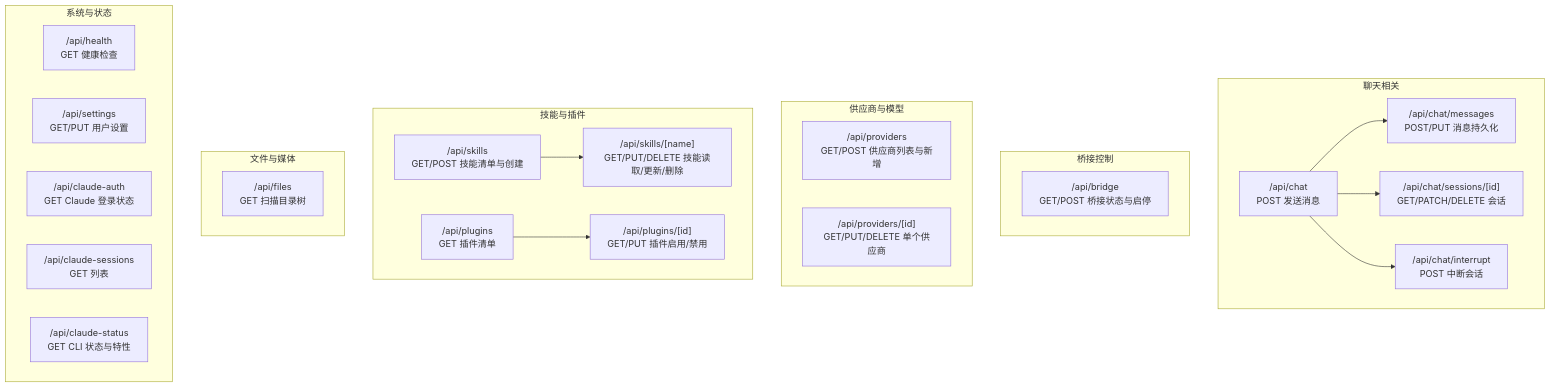
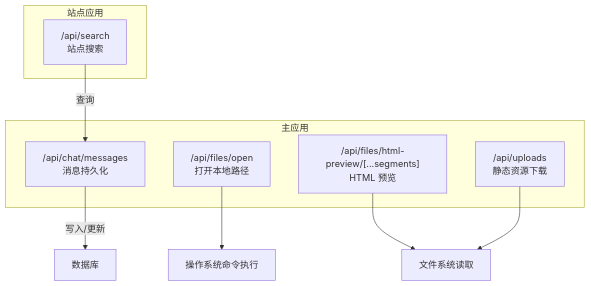
Before and after one commit to haolange/CodePilot: the first of 6 diagrams in .qoder/repowiki/zh/content/API 参考/API 参考.md, drawn with Mermaid. The commit also changed other lines of this file and 203 other files, not shown here.

````diff
--- a/.qoder/repowiki/zh/content/API 参考/API 参考.md
+++ b/.qoder/repowiki/zh/content/API 参考/API 参考.md
@@ -45,37 +39,17 @@
 ```mermaid
 graph TB
-subgraph "聊天相关"
-CHAT["/api/chat<br/>POST 发送消息"]
-MSG["/api/chat/messages<br/>POST/PUT 消息持久化"]
-SES["/api/chat/sessions/[id]<br/>GET/PATCH/DELETE 会话"]
-INT["/api/chat/interrupt<br/>POST 中断会话"]
+subgraph "站点应用"
+S_API_Search["/api/search<br/>站点搜索"]
 end
-subgraph "桥接控制"
-BR["/api/bridge<br/>GET/POST 桥接状态与启停"]
+subgraph "主应用"
+A_Chat_Messages["/api/chat/messages<br/>消息持久化"]
+A_Files_Open["/api/files/open<br/>打开本地路径"]
+A_Files_HtmlPreview["/api/files/html-preview/[...segments]<br/>HTML 预览"]
+A_Uploads["/api/uploads<br/>静态资源下载"]
 end
-subgraph "供应商与模型"
-PR_ALL["/api/providers<br/>GET/POST 供应商列表与新增"]
-PR_ID["/api/providers/[id]<br/>GET/PUT/DELETE 单个供应商"]
-end
-subgraph "技能与插件"
-SK_R["/api/skills<br/>GET/POST 技能清单与创建"]
-SK_N["/api/skills/[name]<br/>GET/PUT/DELETE 技能读取/更新/删除"]
-PL_R["/api/plugins<br/>GET 插件清单"]
-PL_ID["/api/plugins/[id]<br/>GET/PUT 插件启用/禁用"]
-end
-subgraph "文件与媒体"
-FS["/api/files<br/>GET 扫描目录树"]
-end
-subgraph "系统与状态"
-HL["/api/health<br/>GET 健康检查"]
-ST["/api/settings<br/>GET/PUT 用户设置"]
-CA["/api/claude-auth<br/>GET Claude 登录状态"]
-CS["/api/claude-sessions<br/>GET 列表"]
-CT["/api/claude-status<br/>GET CLI 状态与特性"]
-end
-CHAT --> MSG
-CHAT --> SES
-CHAT --> INT
-SK_R --> SK_N
-PL_R --> PL_ID
+S_API_Search --> |"查询"| A_Chat_Messages
+A_Chat_Messages --> |"写入/更新"| DB["数据库"]
+A_Files_Open --> OS["操作系统命令执行"]
+A_Files_HtmlPreview --> FS["文件系统读取"]
+A_Uploads --> FS
 ```
````
